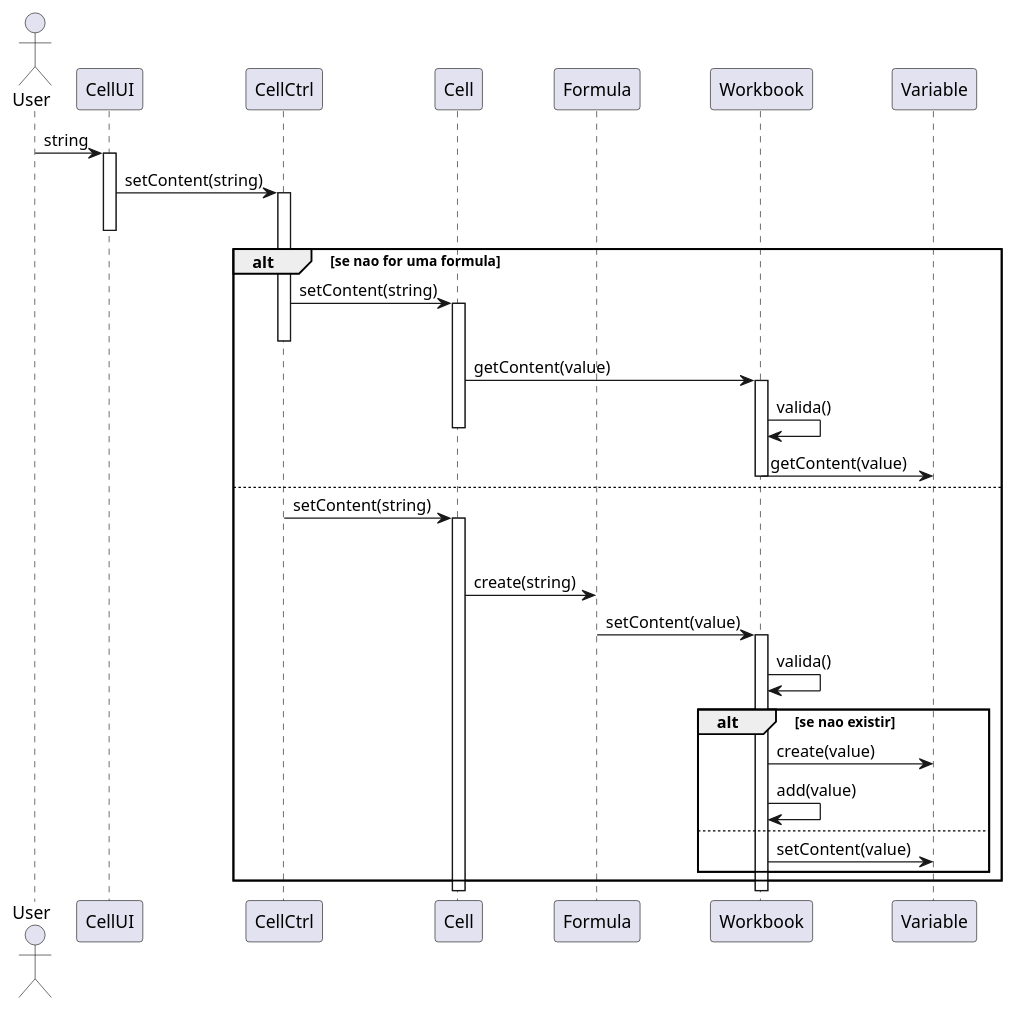
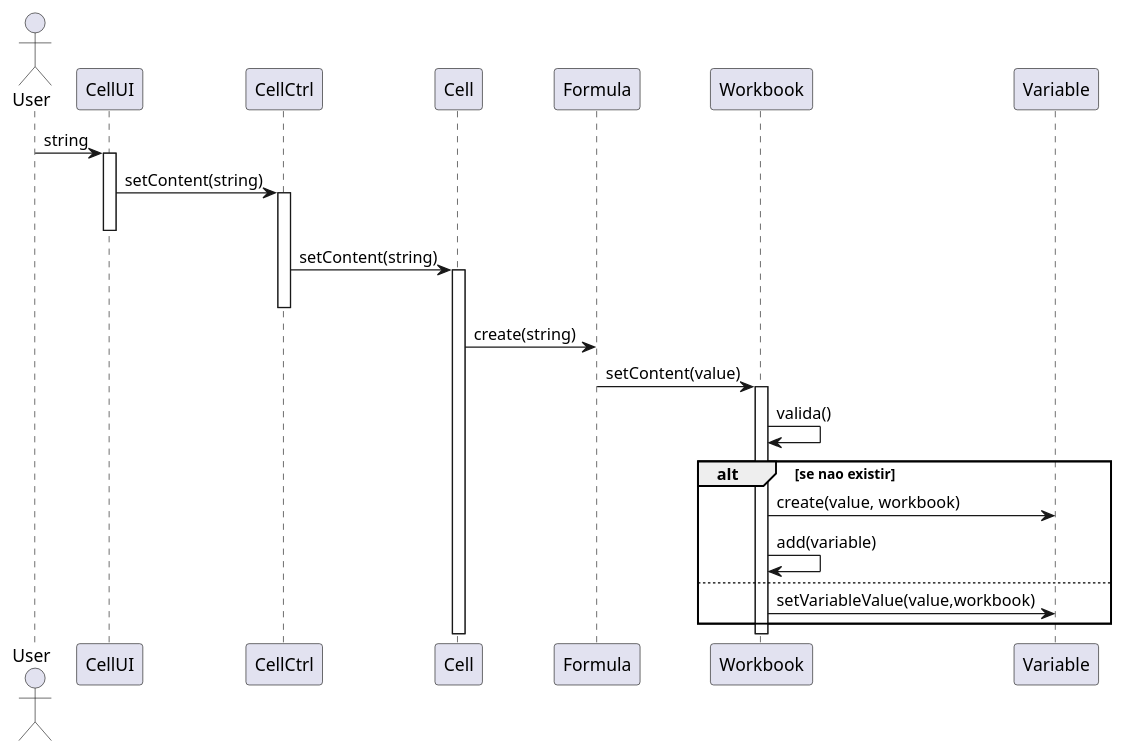
Before and after one commit to 1130348/Confusao: the diagram in src/csheets/userstories/macros02_01/variables/i130395/design_macros_02_01.puml, drawn with PlantUML.

Commit message:
CSDH-33 #resolve Pequena alteração no design

```diff
--- a/src/csheets/userstories/macros02_01/variables/i130395/design_macros_02_01.puml
+++ b/src/csheets/userstories/macros02_01/variables/i130395/design_macros_02_01.puml
@@ -1,49 +1,31 @@
 @startuml doc-files/draft_macros_02_01.png
  actor User
  participant "CellUI" as UI
  participant "CellCtrl" as ctrl
  participant "Cell" as cell
  participant "Formula" as Formula
  participant "Workbook" as Workbook
  participant "Variable" as Variable
 
 
 User -> UI : string
 activate UI
 UI -> ctrl : setContent(string)
 activate ctrl
 deactivate UI
-alt se nao for uma formula
-ctrl -> cell : setContent(string)
-activate cell
-deactivate ctrl
-
-cell->Workbook : getContent(value)
-activate Workbook
-Workbook->Workbook : valida()
-deactivate cell
-Workbook -> Variable : getContent(value)
-
-deactivate Workbook
-
-
-
-else
 
 ctrl -> cell : setContent(string)
 activate cell
 deactivate ctrl
 cell->Formula : create(string)
 Formula->Workbook : setContent(value)
 activate Workbook
 Workbook->Workbook : valida()
 alt se nao existir
-Workbook->Variable : create(value)
-   Workbook -> Workbook : add(value)
+Workbook->Variable : create(value, workbook)
+   Workbook -> Workbook : add(variable)
 else
-Workbook -> Variable : setContent(value)
-end
+Workbook -> Variable : setVariableValue(value,workbook)
 end
 
-
 @enduml
```
